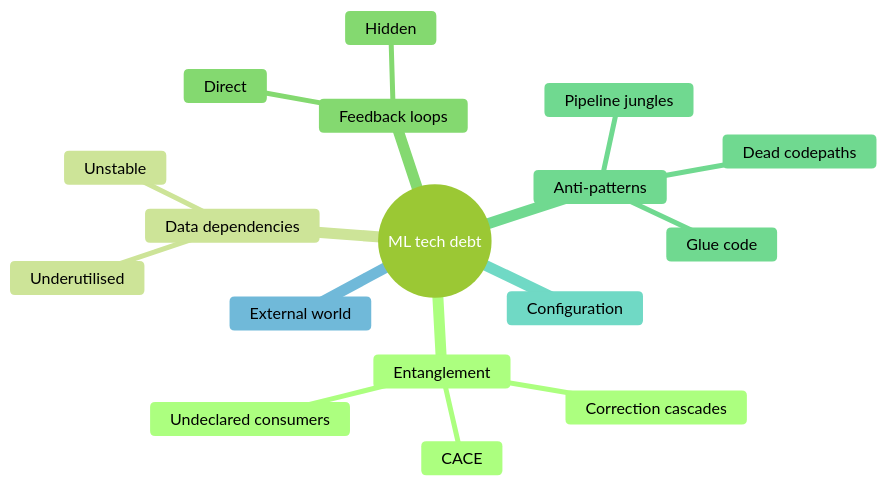
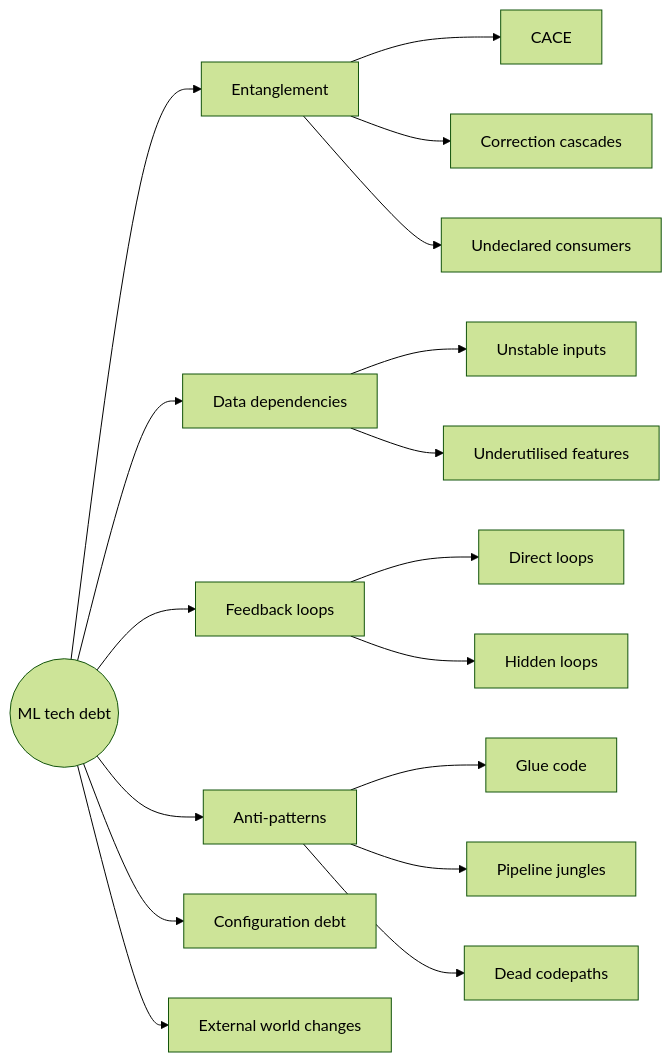
Before and after one commit to alvinnew100/grand-line-study-guide: the second of 2 diagrams in src/mlops/lessons/02-tech-debt-roles.md, drawn with Mermaid (forest theme). The commit also changed 8 other files, not shown here.

````diff
--- a/src/mlops/lessons/02-tech-debt-roles.md
+++ b/src/mlops/lessons/02-tech-debt-roles.md
@@ -147,20 +147,19 @@
 ```mermaid
-mindmap
-  root((ML tech debt))
-    Entanglement
-      CACE
-      Correction cascades
-      Undeclared consumers
-    Data dependencies
-      Unstable
-      Underutilised
-    Feedback loops
-      Direct
-      Hidden
-    Anti-patterns
-      Glue code
-      Pipeline jungles
-      Dead codepaths
-    Configuration
-    External world
+flowchart LR
+  ROOT((ML tech debt)) --> ENT[Entanglement]
+  ROOT --> DD[Data dependencies]
+  ROOT --> FL[Feedback loops]
+  ROOT --> AP[Anti-patterns]
+  ROOT --> CFG[Configuration debt]
+  ROOT --> EXT[External world changes]
+  ENT --> E1[CACE]
+  ENT --> E2[Correction cascades]
+  ENT --> E3[Undeclared consumers]
+  DD --> D1[Unstable inputs]
+  DD --> D2[Underutilised features]
+  FL --> F1[Direct loops]
+  FL --> F2[Hidden loops]
+  AP --> A1[Glue code]
+  AP --> A2[Pipeline jungles]
+  AP --> A3[Dead codepaths]
 ```
````
